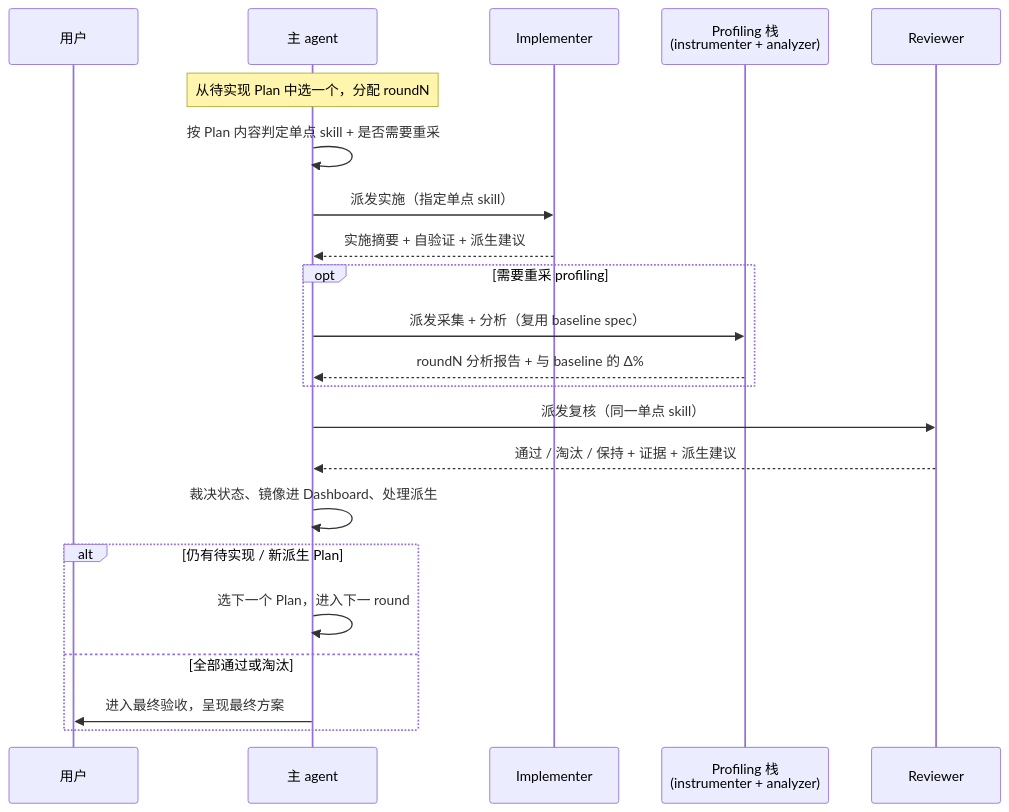
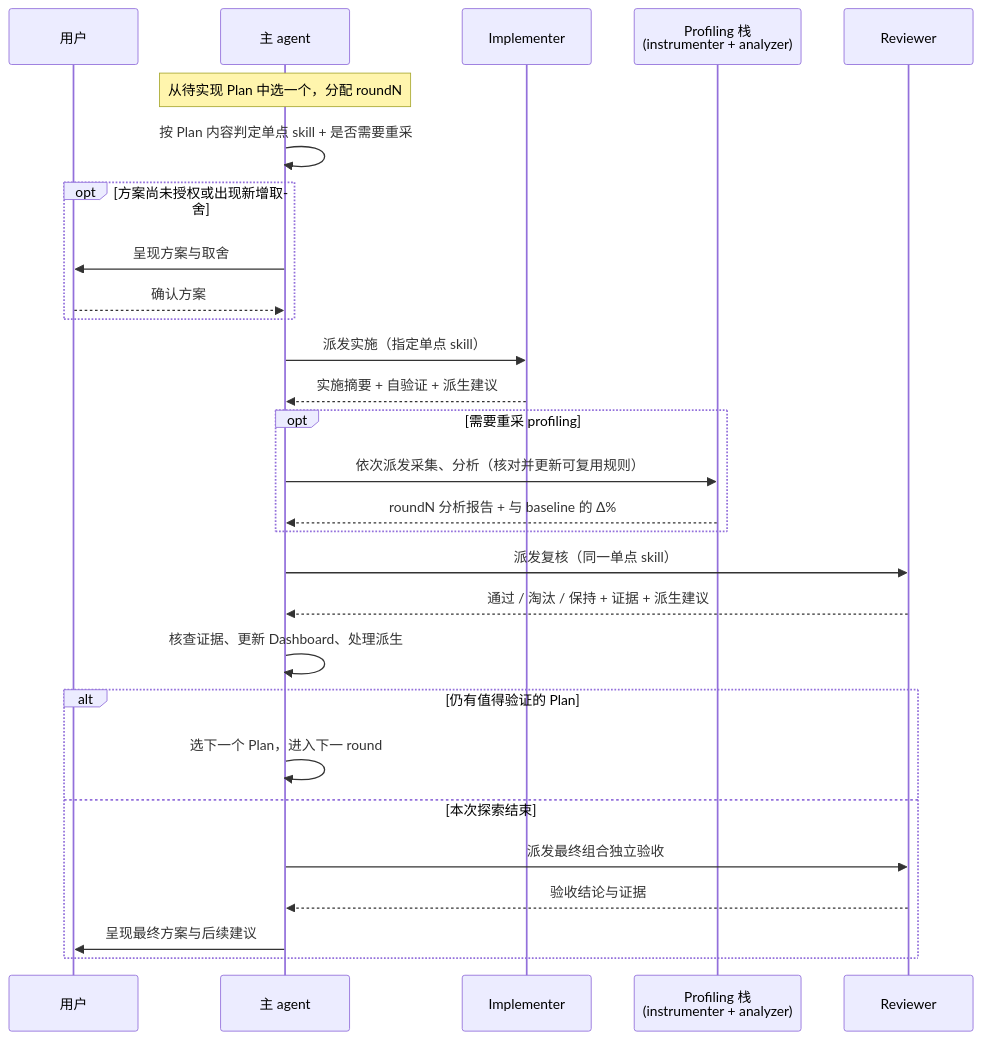
Before and after one commit to hicann/cann-recipes-infer: the second of 2 diagrams in docs/agent/sota-approach-skill-design.md, drawn with Mermaid. The commit also changed other lines of this file and 111 other files, not shown here.

````diff
--- a/docs/agent/sota-approach-skill-design.md
+++ b/docs/agent/sota-approach-skill-design.md
@@ -146,25 +145,31 @@
 ```mermaid
 sequenceDiagram
     participant U as 用户
     participant M as 主 agent
     participant I as Implementer
     participant P as Profiling 栈<br/>(instrumenter + analyzer)
     participant R as Reviewer
 
     Note over M: 从待实现 Plan 中选一个，分配 roundN
     M->>M: 按 Plan 内容判定单点 skill + 是否需要重采
+    opt 方案尚未授权或出现新增取舍
+        M->>U: 呈现方案与取舍
+        U-->>M: 确认方案
+    end
     M->>I: 派发实施（指定单点 skill）
     I-->>M: 实施摘要 + 自验证 + 派生建议
     opt 需要重采 profiling
-        M->>P: 派发采集 + 分析（复用 baseline spec）
+        M->>P: 依次派发采集、分析（核对并更新可复用规则）
         P-->>M: roundN 分析报告 + 与 baseline 的 Δ%
     end
     M->>R: 派发复核（同一单点 skill）
     R-->>M: 通过 / 淘汰 / 保持 + 证据 + 派生建议
-    M->>M: 裁决状态、镜像进 Dashboard、处理派生
-    alt 仍有待实现 / 新派生 Plan
+    M->>M: 核查证据、更新 Dashboard、处理派生
+    alt 仍有值得验证的 Plan
         M->>M: 选下一个 Plan，进入下一 round
-    else 全部通过或淘汰
-        M->>U: 进入最终验收，呈现最终方案
+    else 本次探索结束
+        M->>R: 派发最终组合独立验收
+        R-->>M: 验收结论与证据
+        M->>U: 呈现最终方案与后续建议
     end
 ```
````
